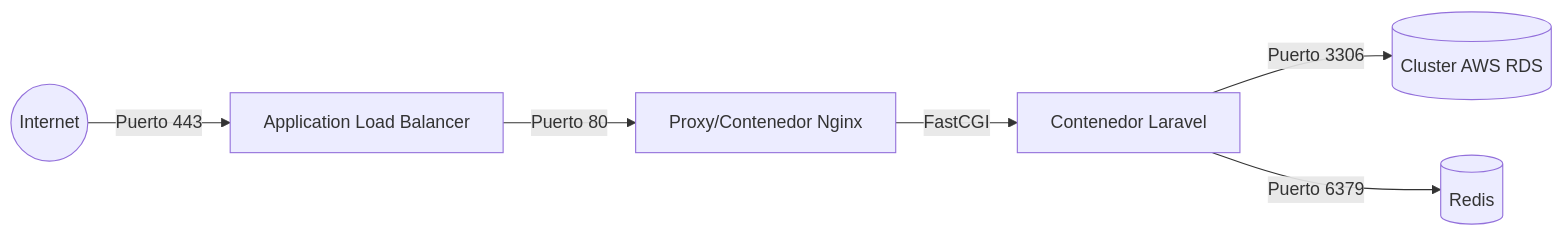
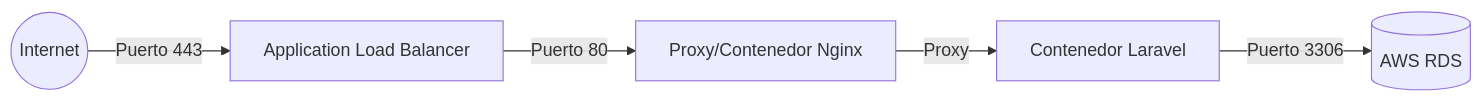
Before and after one commit to PROYECTO-INTEGRADOR-DAW-2/Proyecto-Intermodular-Laravel: the diagram in DOCS/INFRASTRUCTURE.md, drawn with Mermaid. The commit also changed 4 other files, not shown here.

````diff
--- a/DOCS/INFRASTRUCTURE.md
+++ b/DOCS/INFRASTRUCTURE.md
@@ -28,8 +28,7 @@
 ```mermaid
 graph LR
     Internet((Internet)) -->|Puerto 443| ALB[Application Load Balancer]
     ALB -->|Puerto 80| Nginx[Proxy/Contenedor Nginx]
-    Nginx -->|FastCGI| App[Contenedor Laravel]
-    App -->|Puerto 3306| RDS[(Cluster AWS RDS)]
-    App -->|Puerto 6379| Redis[(Redis)]
+    Nginx -->|Proxy| App[Contenedor Laravel]
+    App -->|Puerto 3306| RDS[(AWS RDS)]
 ```
````
